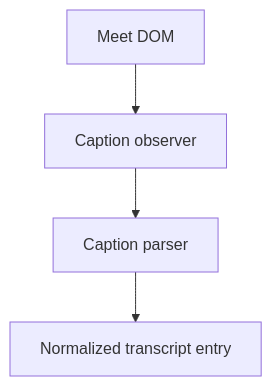
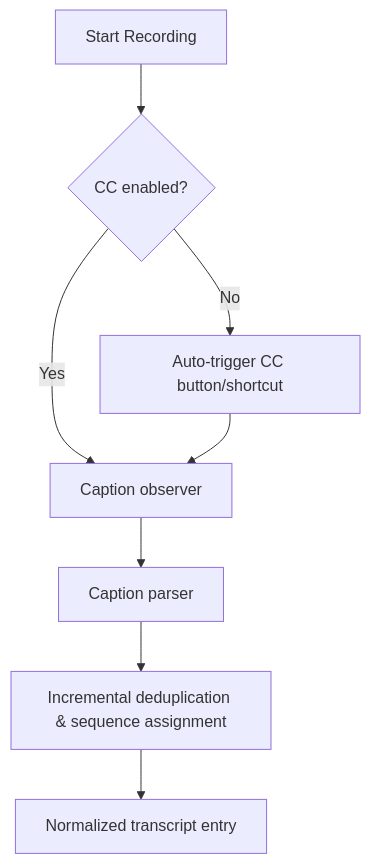
Before and after one commit to trinhdamhuy/meet-transcript-saver: the second of 6 diagrams in docs/requirements.md, drawn with Mermaid. The commit also changed other lines of this file and 17 other files, not shown here.

First line of the commit message:
feat(transcript): enhance caption parsing and user display name handling

````diff
--- a/docs/requirements.md
+++ b/docs/requirements.md
@@ -106,6 +106,10 @@
 ```mermaid
 flowchart TD
-    A[Meet DOM] --> B[Caption observer]
-    B --> C[Caption parser]
-    C --> D[Normalized transcript entry]
+    A[Start Recording] --> B{CC enabled?}
+    B -- No --> C[Auto-trigger CC button/shortcut]
+    B -- Yes --> D[Caption observer]
+    C --> D
+    D --> E[Caption parser]
+    E --> F[Incremental deduplication & sequence assignment]
+    F --> G[Normalized transcript entry]
 ```
````
